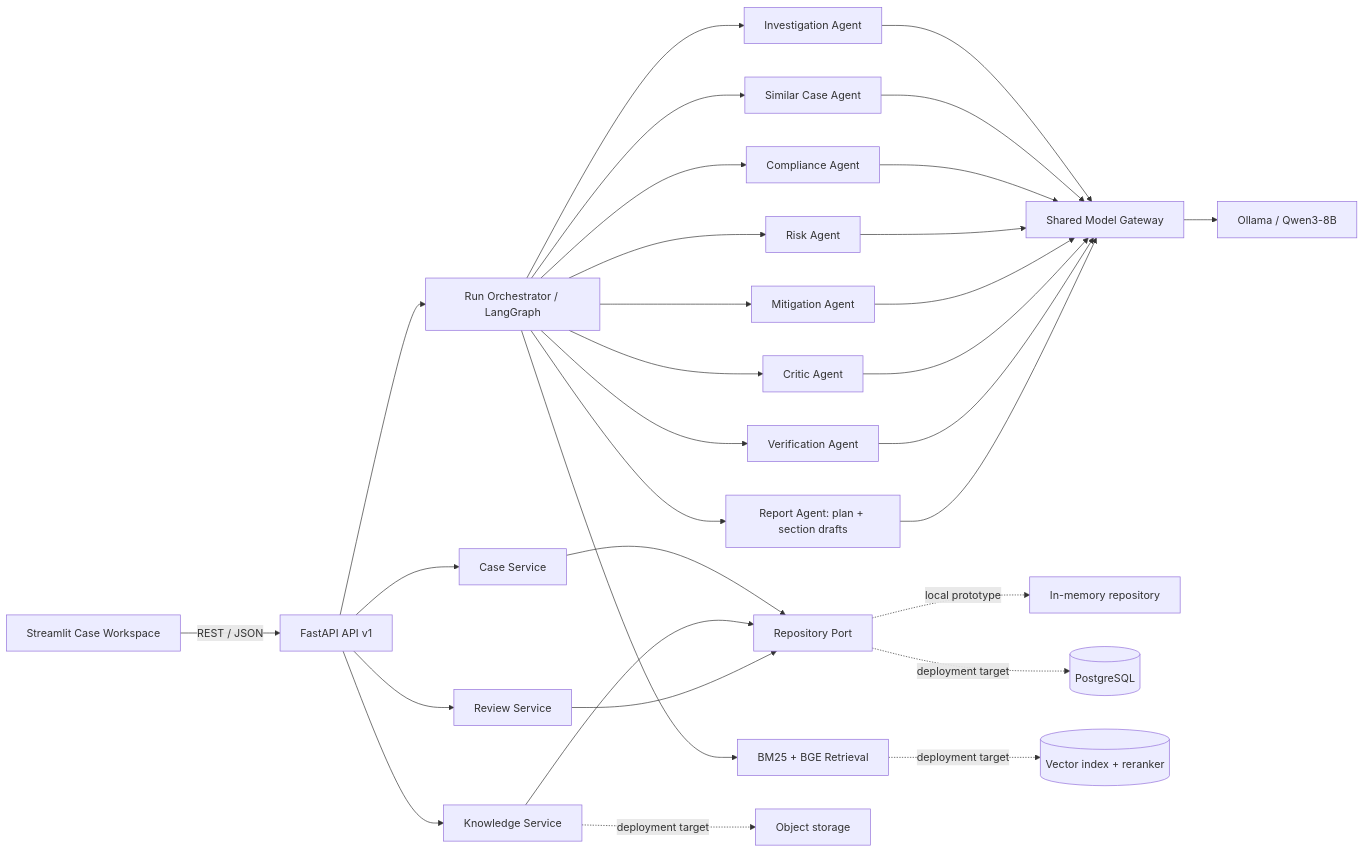
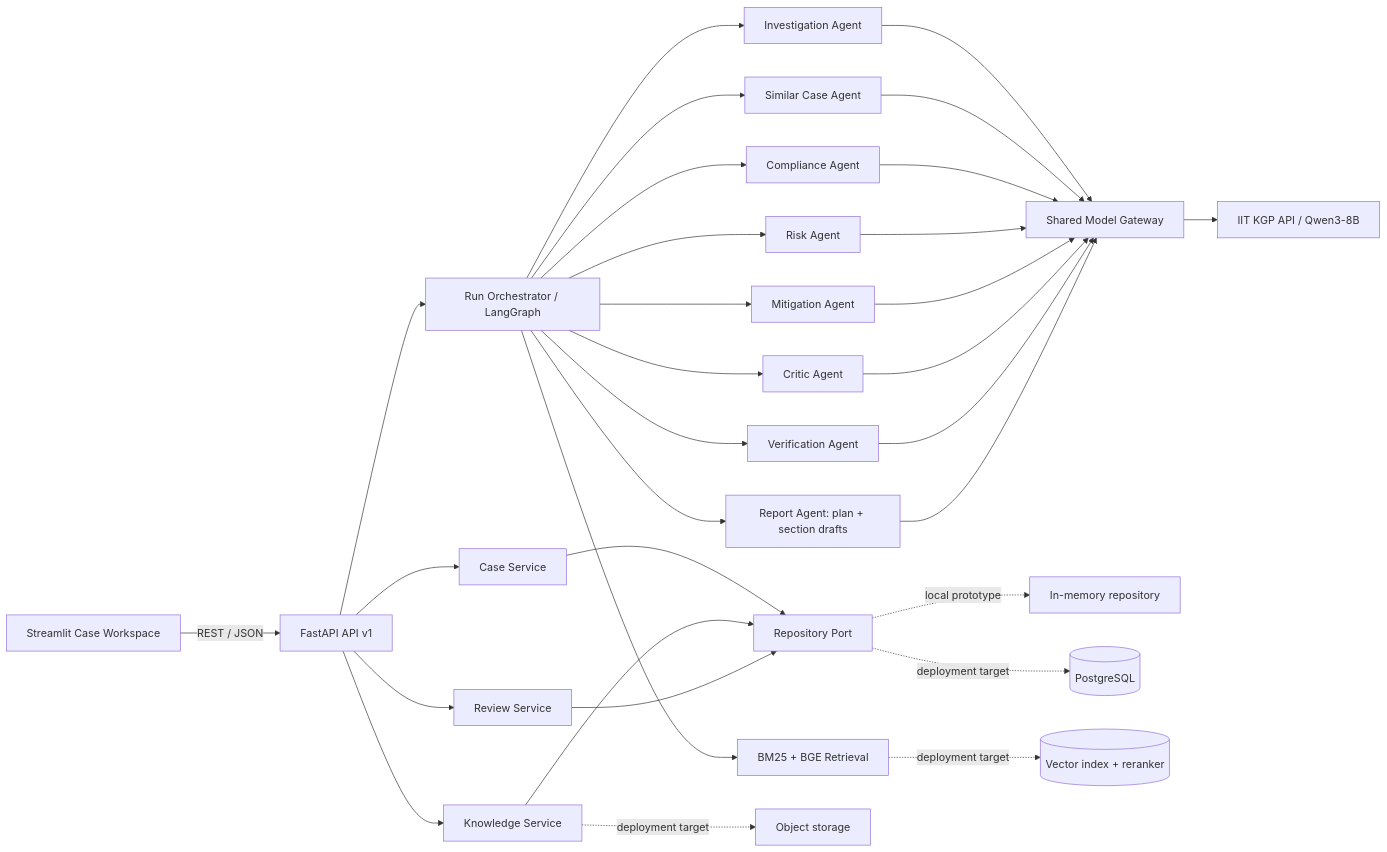
The diagram in docs/architecture.md (sunaynatalreja/BlackWingAI), drawn with Mermaid before and after one commit. The commit also changed other lines of this file and 139 other files, not shown here.

````diff
--- a/docs/architecture.md
+++ b/docs/architecture.md
@@ -9,33 +9,33 @@
 ```mermaid
 flowchart LR
   UI[Streamlit Case Workspace] -->|REST / JSON| API[FastAPI API v1]
   API --> CASE[Case Service]
   API --> KNOW[Knowledge Service]
   API --> RUN[Run Orchestrator / LangGraph]
   API --> REVIEW[Review Service]
   CASE --> STORE[Repository Port]
   KNOW --> STORE
   RUN --> RET[BM25 + BGE Retrieval]
   RUN --> INV[Investigation Agent]
   RUN --> SIM[Similar Case Agent]
   RUN --> COMP[Compliance Agent]
   RUN --> RISK[Risk Agent]
   RUN --> MIT[Mitigation Agent]
   RUN --> CRIT[Critic Agent]
   RUN --> VER[Verification Agent]
   RUN --> REP[Report Agent: plan + section drafts]
   INV --> LLM[Shared Model Gateway]
   SIM --> LLM
   COMP --> LLM
   RISK --> LLM
   MIT --> LLM
   CRIT --> LLM
   VER --> LLM
   REP --> LLM
-  LLM --> OLLAMA[Ollama / Qwen3-8B]
+  LLM --> HOSTED[IIT KGP API / Qwen3-8B]
   REVIEW --> STORE
   STORE -. local prototype .-> MEM[In-memory repository]
   STORE -. deployment target .-> DB[(PostgreSQL)]
   KNOW -. deployment target .-> OBJ[Object storage]
   RET -. deployment target .-> VEC[(Vector index + reranker)]
 ```
````
